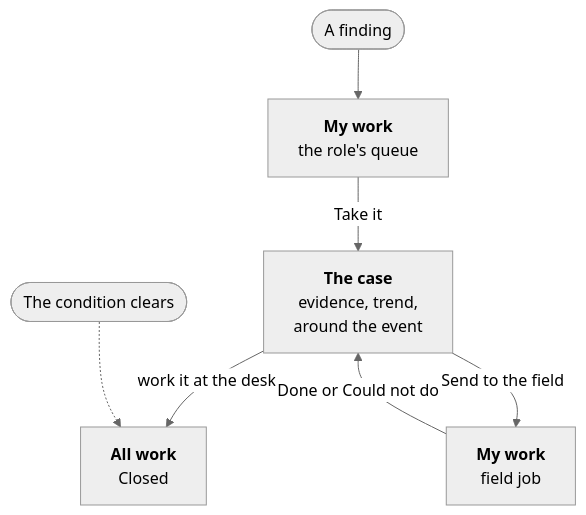
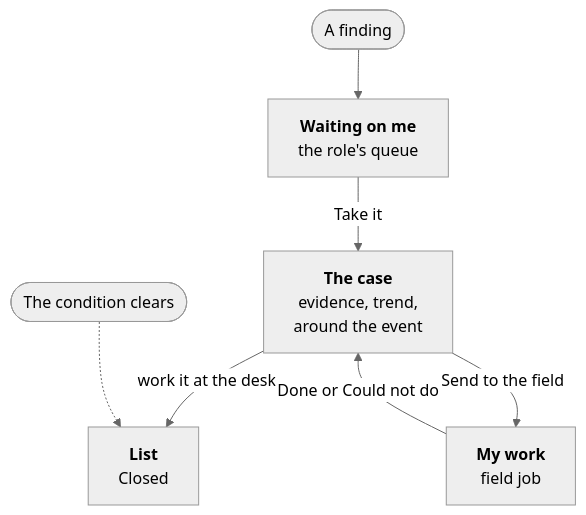
One commit to areed145/fuzer changed the third of 5 diagrams in docs/work-map.md. Above: the diagram before and after it, drawn with Mermaid (neutral theme). The commit also changed other lines of this file and 12 other files, not shown here.

First line of the commit message:
Docs: every source of work, and how each is matched, routed, dispatched and closed

````diff
--- a/docs/work-map.md
+++ b/docs/work-map.md
@@ -137,9 +139,9 @@
 ```mermaid
 flowchart TB
-  a(["A finding"]) --> b["<b>My work</b><br>the role's queue"]
+  a(["A finding"]) --> b["<b>Waiting on me</b><br>the role's queue"]
   b -->|"Take it"| c["<b>The case</b><br>evidence, trend,<br>around the event"]
-  c -->|"work it at the desk"| f["<b>All work</b><br>Closed"]
+  c -->|"work it at the desk"| f["<b>List</b><br>Closed"]
   c -->|"Send to the field"| d["<b>My work</b><br>field job"]
   d -->|"Done or Could not do"| c
   x(["The condition clears"]) -.-> f
 ```
````
